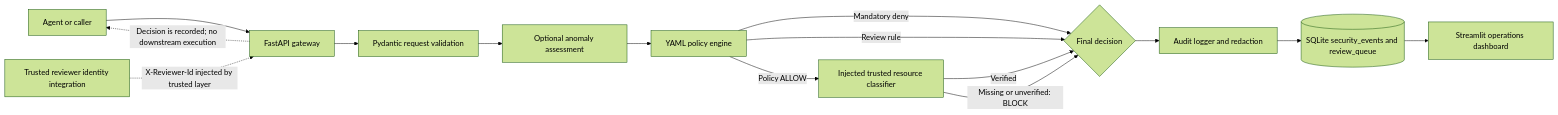
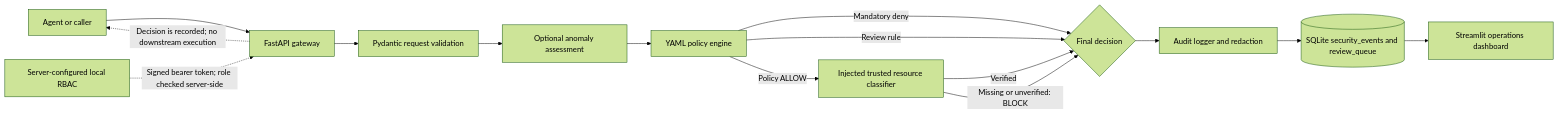
One commit to chakriburidi237-crypto/Z-Agentshield-IBM2026 changed the diagram in docs/ARCHITECTURE.md. Above: the diagram before and after it, drawn with Mermaid (forest theme). The commit also changed other lines of this file and 21 other files, not shown here.

````diff
--- a/docs/ARCHITECTURE.md
+++ b/docs/ARCHITECTURE.md
@@ -25,25 +27,25 @@
 ```mermaid
 flowchart LR
     Agent["Agent or caller"]
     API["FastAPI gateway"]
     Schema["Pydantic request validation"]
     Anomaly["Optional anomaly assessment"]
     Policy["YAML policy engine"]
     Classifier["Injected trusted resource classifier"]
     Gate{"Final decision"}
     Audit["Audit logger and redaction"]
     DB[("SQLite security_events and review_queue")]
     UI["Streamlit operations dashboard"]
-    Reviewer["Trusted reviewer identity integration"]
+    Reviewer["Server-configured local RBAC"]
 
     Agent --> API --> Schema --> Anomaly --> Policy
     Policy -->|"Mandatory deny"| Gate
     Policy -->|"Review rule"| Gate
     Policy -->|"Policy ALLOW"| Classifier
     Classifier -->|"Verified"| Gate
     Classifier -->|"Missing or unverified: BLOCK"| Gate
     Gate --> Audit --> DB
     DB --> UI
-    Reviewer -. "X-Reviewer-Id injected by trusted layer" .-> API
+    Reviewer -. "Signed bearer token; role checked server-side" .-> API
     API -. "Decision is recorded; no downstream execution" .-> Agent
 ```
````
